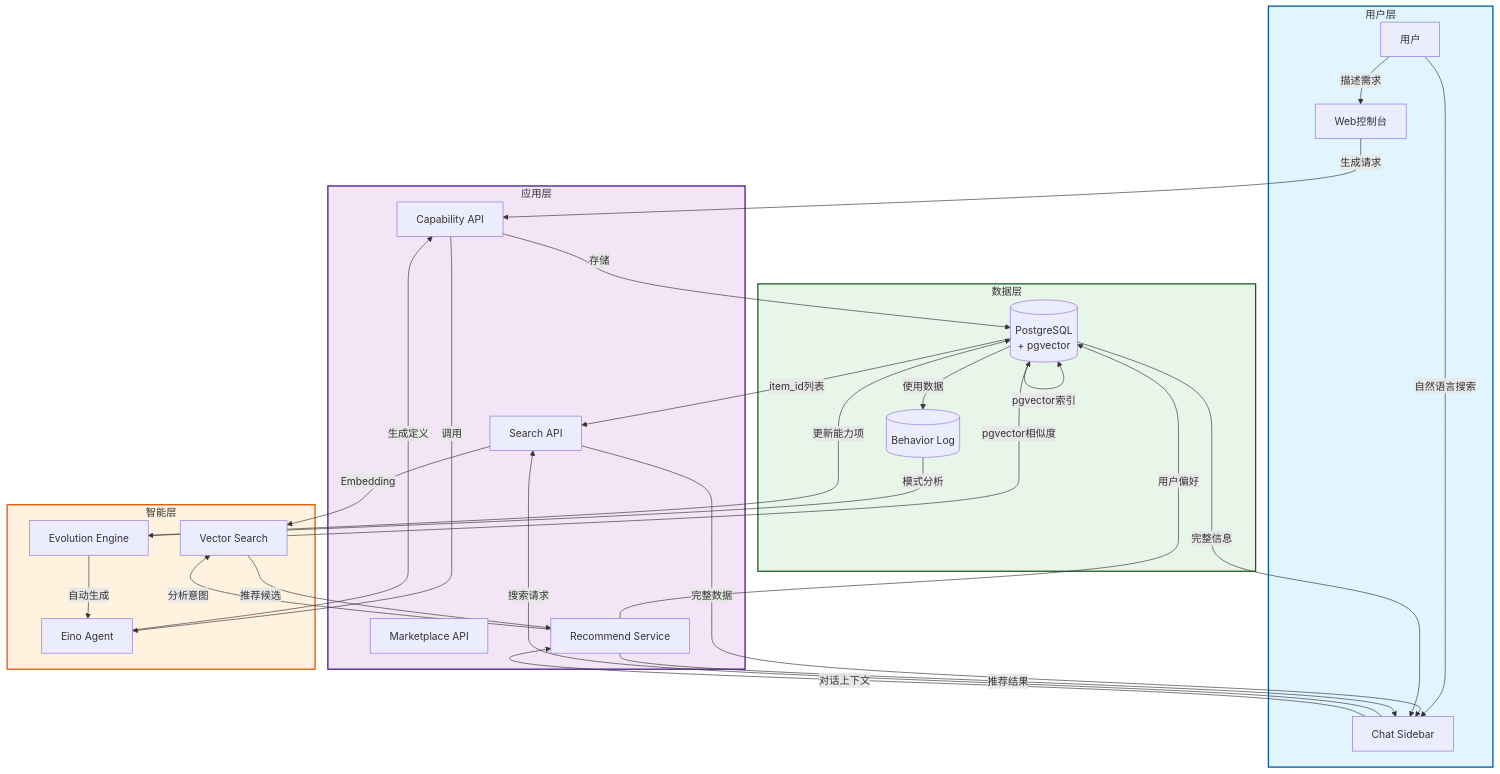
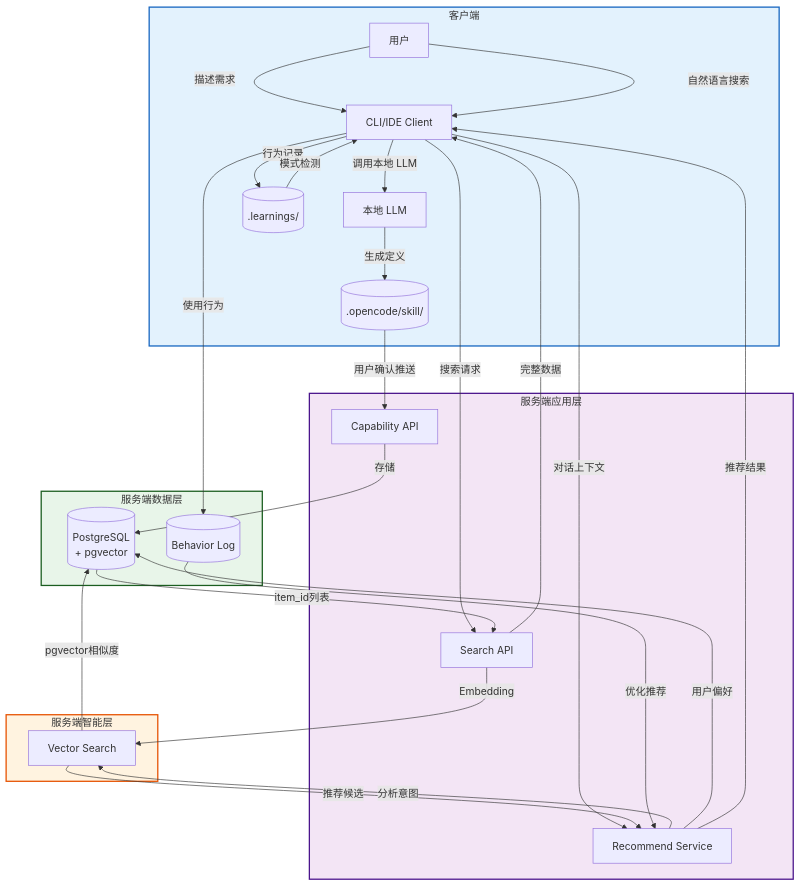
The second of 5 diagrams in docs/SKILL_GEN_AND_RECOMMENDATION.md (XDfield/costrict-web), drawn with Mermaid before and after one commit. The commit also changed other lines of this file and 6 other files, not shown here.

````diff
--- a/docs/SKILL_GEN_AND_RECOMMENDATION.md
+++ b/docs/SKILL_GEN_AND_RECOMMENDATION.md
@@ -262,69 +262,66 @@
 ```mermaid
 flowchart TB
-    subgraph USER[用户层]
+    subgraph CLIENT[客户端]
         U[用户]
-        W[Web控制台]
-        C[Chat Sidebar]
+        CLI[CLI/IDE Client]
+        LLM_LOCAL[本地 LLM]
+        LEARN[(.learnings/)]
+        SKILL[(.opencode/skill/)]
     end
 
-    subgraph APP[应用层]
+    subgraph APP[服务端应用层]
         CAP[Capability API]
-        MARKET[Marketplace API]
         SEARCH[Search API]
         REC[Recommend Service]
     end
 
-    subgraph AI[智能层]
-        LLM[Eino Agent]
+    subgraph AI[服务端智能层]
         VEC[Vector Search]
-        EVO[Evolution Engine]
     end
 
-    subgraph DATA[数据层]
+    subgraph DATA[服务端数据层]
         PG[(PostgreSQL<br/>+ pgvector)]
         LOG[(Behavior Log)]
     end
 
-    %% 能力项创建流程
-    U -->|描述需求| W
-    W -->|生成请求| CAP
-    CAP -->|调用| LLM
-    LLM -->|生成定义| CAP
+    %% 客户端 Skill 生成流程
+    U -->|描述需求| CLI
+    CLI -->|行为记录| LEARN
+    LEARN -->|模式检测| CLI
+    CLI -->|调用本地 LLM| LLM_LOCAL
+    LLM_LOCAL -->|生成定义| SKILL
+
+    %% 客户端推送流程（可选）
+    SKILL -->|用户确认推送| CAP
     CAP -->|存储| PG
 
     %% 能力项发现流程
-    U -->|自然语言搜索| C
-    C -->|搜索请求| SEARCH
+    U -->|自然语言搜索| CLI
+    CLI -->|搜索请求| SEARCH
     SEARCH -->|Embedding| VEC
     VEC -->|pgvector相似度| PG
     PG -->|item_id列表| SEARCH
-    SEARCH -->|完整数据| C
-    PG -->|完整信息| C
+    SEARCH -->|完整数据| CLI
 
     %% 能力项推荐流程
-    C -->|对话上下文| REC
+    CLI -->|对话上下文| REC
     REC -->|分析意图| VEC
     VEC -->|推荐候选| REC
     REC -->|用户偏好| PG
-    REC -->|推荐结果| C
+    REC -->|推荐结果| CLI
 
-    %% 进化流程
-    PG -->|使用数据| LOG
-    LOG -->|模式分析| EVO
-    EVO -->|自动生成| LLM
-    EVO -->|更新能力项| PG
-
-    %% 向量索引 (pgvector 统一存储)
-    PG -->|pgvector索引| PG
+    %% 行为上报（可选）
+    CLI -->|使用行为| LOG
+    LOG -->|优化推荐| REC
 
     %% 样式定义
-    classDef userStyle fill:#e1f5fe,stroke:#01579b,stroke-width:2px
+    classDef clientStyle fill:#e3f2fd,stroke:#1565c0,stroke-width:2px
     classDef appStyle fill:#f3e5f5,stroke:#4a148c,stroke-width:2px
     classDef aiStyle fill:#fff3e0,stroke:#e65100,stroke-width:2px
     classDef dataStyle fill:#e8f5e9,stroke:#1b5e20,stroke-width:2px
 
-    class USER userStyle
+    class CLIENT clientStyle
     class APP appStyle
     class AI aiStyle
     class DATA dataStyle
 ```
````
